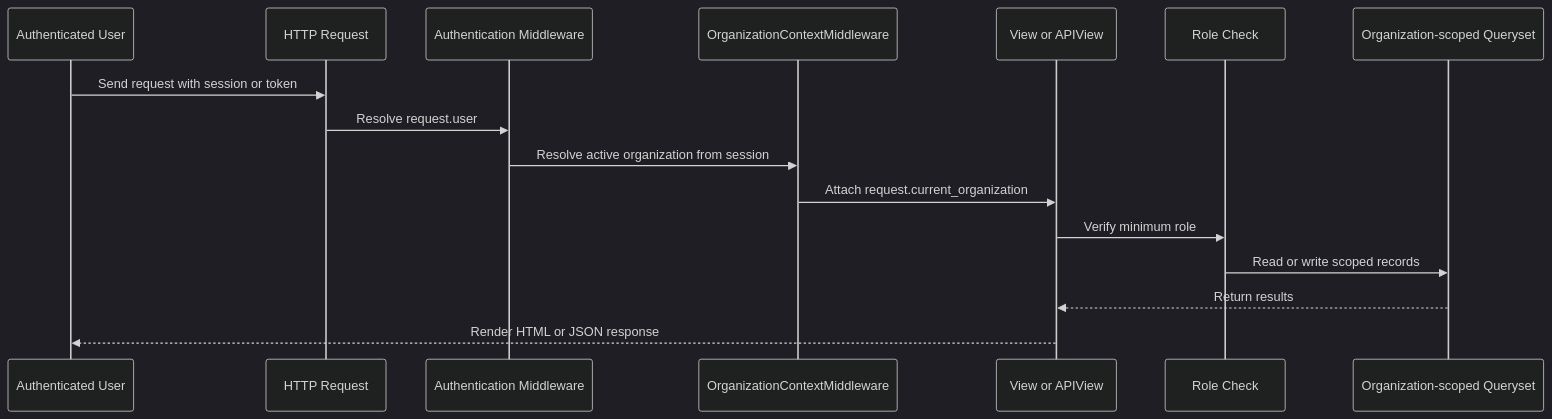
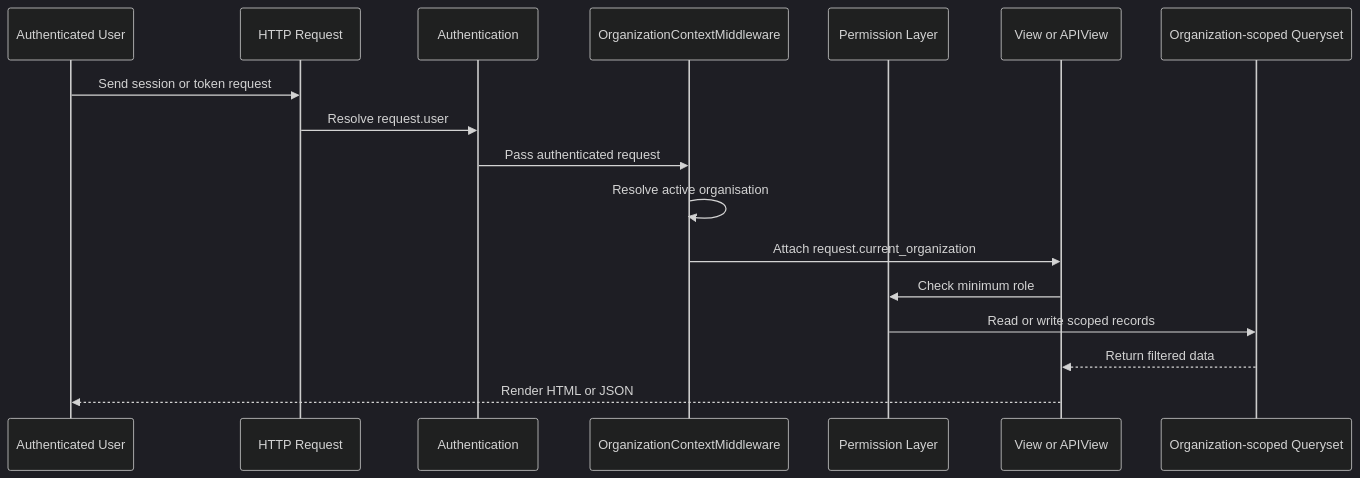
Before and after one commit to Njbalamani/Cloud-Sentry: the third of 13 diagrams in clous-sentry/README.md, drawn with Mermaid (dark theme). The commit also changed other lines of this file and 1 other file, not shown here.

````diff
--- a/clous-sentry/README.md
+++ b/clous-sentry/README.md
@@ -118,19 +188,20 @@
 ```mermaid
 sequenceDiagram
     participant User as Authenticated User
     participant Request as HTTP Request
-    participant Auth as Authentication Middleware
+    participant Session as Authentication
     participant Org as OrganizationContextMiddleware
+    participant RBAC as Permission Layer
     participant View as View or APIView
-    participant RBAC as Role Check
-    participant Data as Organization-scoped Queryset
+    participant DB as Organization-scoped Queryset
 
-    User->>Request: Send request with session or token
-    Request->>Auth: Resolve request.user
-    Auth->>Org: Resolve active organization from session
+    User->>Request: Send session or token request
+    Request->>Session: Resolve request.user
+    Session->>Org: Pass authenticated request
+    Org->>Org: Resolve active organisation
     Org->>View: Attach request.current_organization
-    View->>RBAC: Verify minimum role
-    RBAC->>Data: Read or write scoped records
-    Data-->>View: Return results
-    View-->>User: Render HTML or JSON response
+    View->>RBAC: Check minimum role
+    RBAC->>DB: Read or write scoped records
+    DB-->>View: Return filtered data
+    View-->>User: Render HTML or JSON
 ```
````
